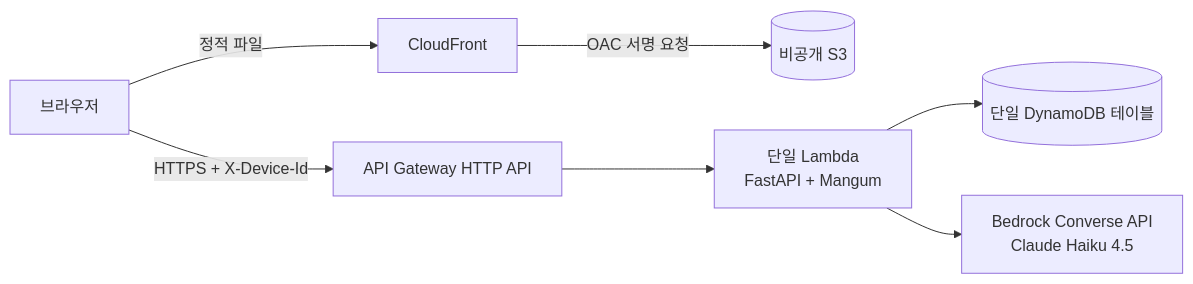
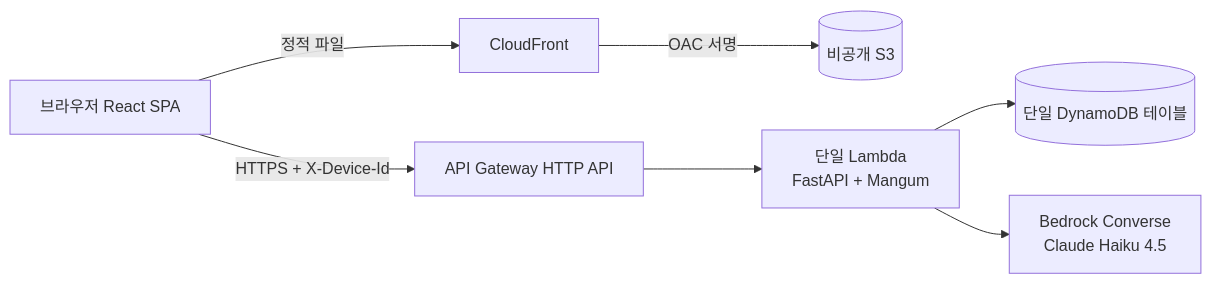
The first of 4 diagrams in .kiro/specs/refrigerator-management-mvp/design.md (haramsong/kirothon-team-015), drawn with Mermaid before and after one commit. The commit also changed other lines of this file and 61 other files, not shown here.

````diff
--- a/.kiro/specs/refrigerator-management-mvp/design.md
+++ b/.kiro/specs/refrigerator-management-mvp/design.md
@@ -58,9 +58,9 @@
 ```mermaid
 flowchart LR
-    U[브라우저] -->|정적 파일| CF[CloudFront]
-    CF -->|OAC 서명 요청| S3[(비공개 S3)]
+    U[브라우저 React SPA] -->|정적 파일| CF[CloudFront]
+    CF -->|OAC 서명| S3[(비공개 S3)]
     U -->|HTTPS + X-Device-Id| API[API Gateway HTTP API]
     API --> L[단일 Lambda\nFastAPI + Mangum]
     L --> DDB[(단일 DynamoDB 테이블)]
-    L --> BR[Bedrock Converse API\nClaude Haiku 4.5]
+    L --> BR[Bedrock Converse\nClaude Haiku 4.5]
 ```
````
